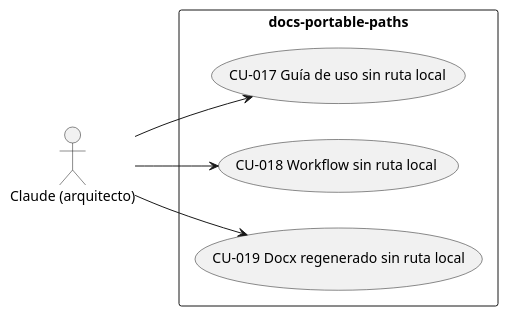
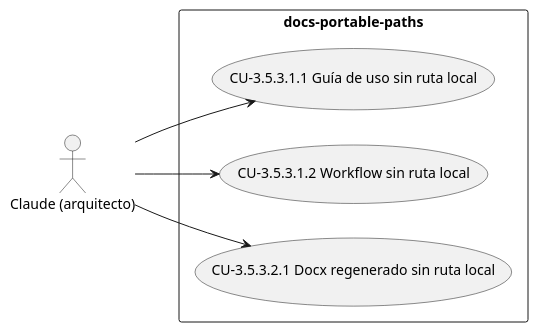
The third of 10 diagrams in docs/srs.md (Lautaro-Montecchiani/sdd-global-config), drawn with PlantUML before and after one commit. The commit also changed other lines of this file and 1 other file, not shown here.

````diff
--- a/docs/srs.md
+++ b/docs/srs.md
@@ -347,14 +349,14 @@
 ```plantuml
 @startuml
 left to right direction
 actor "Claude (arquitecto)" as A1
 rectangle "docs-portable-paths" {
-  usecase "CU-017 Guía de uso sin ruta local" as CU017
-  usecase "CU-018 Workflow sin ruta local" as CU018
-  usecase "CU-019 Docx regenerado sin ruta local" as CU019
+  usecase "CU-3.5.3.1.1 Guía de uso sin ruta local" as UC_3_5_3_1_1
+  usecase "CU-3.5.3.1.2 Workflow sin ruta local" as UC_3_5_3_1_2
+  usecase "CU-3.5.3.2.1 Docx regenerado sin ruta local" as UC_3_5_3_2_1
 }
-A1 --> CU017
-A1 --> CU018
-A1 --> CU019
+A1 --> UC_3_5_3_1_1
+A1 --> UC_3_5_3_1_2
+A1 --> UC_3_5_3_2_1
 @enduml
 ```
````
